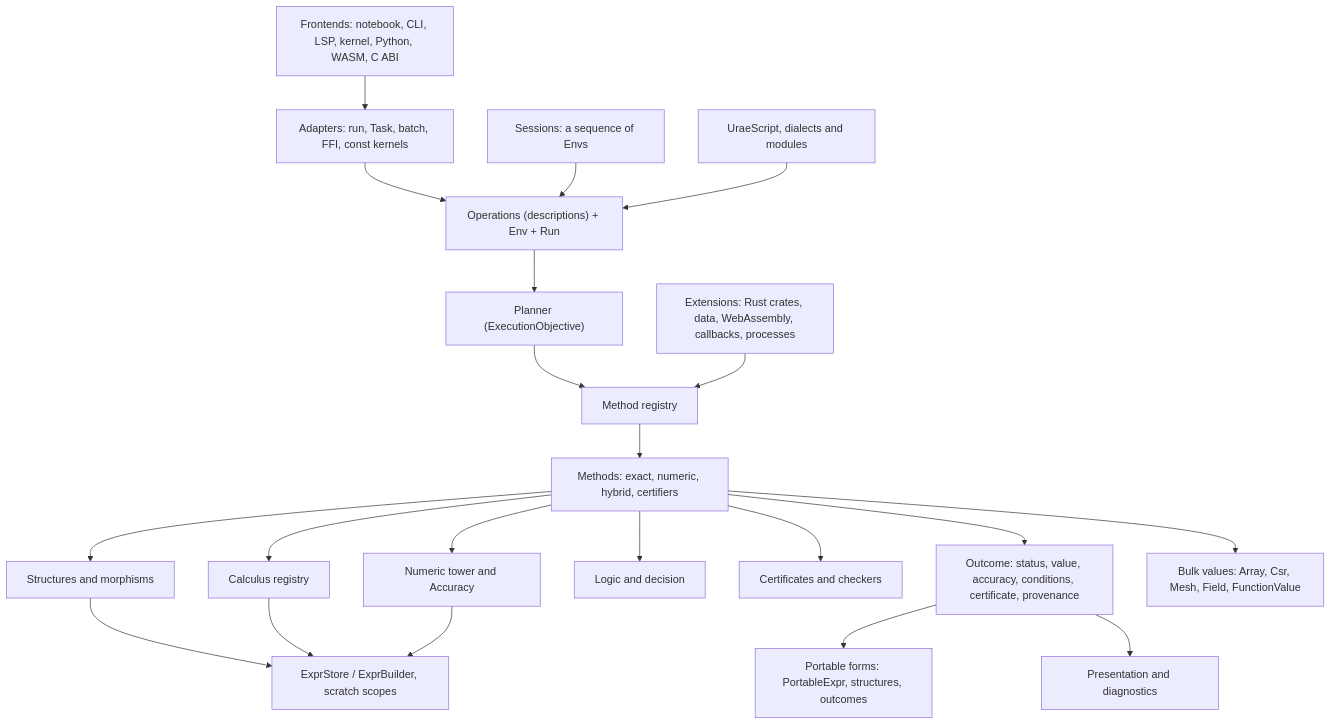
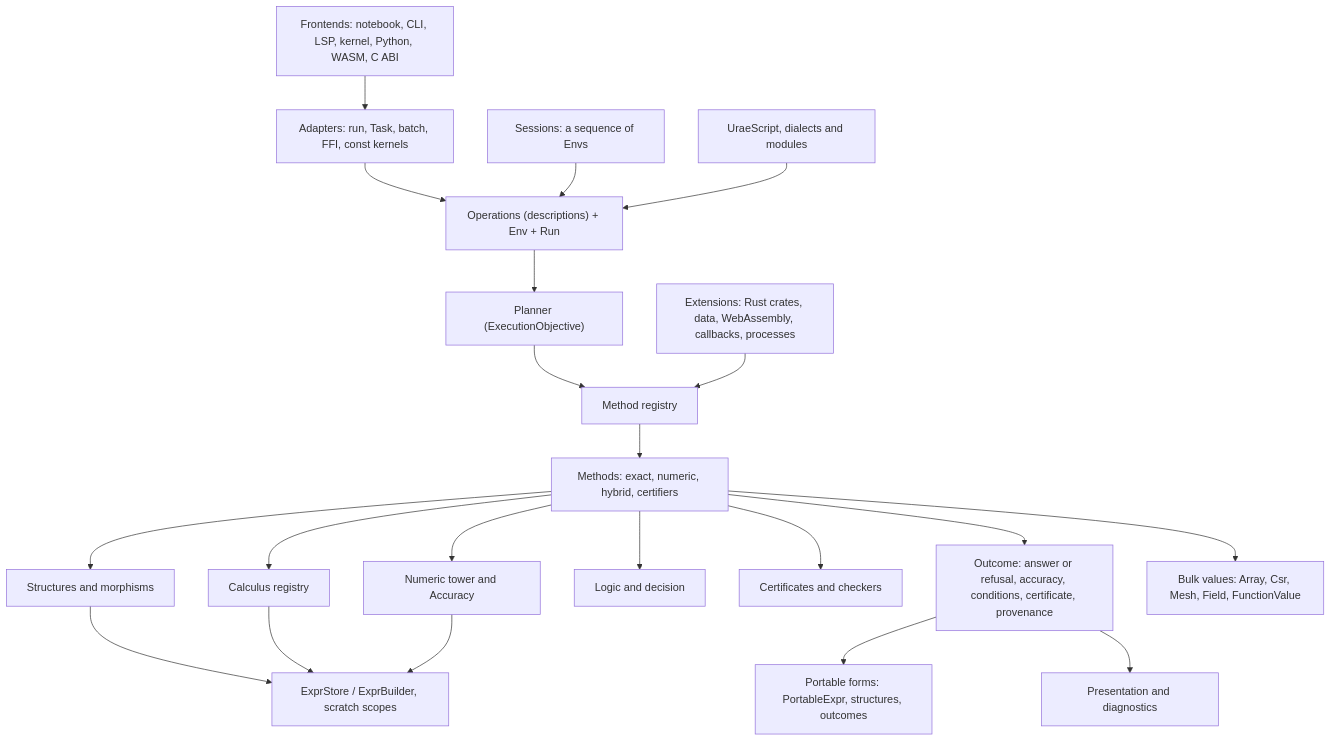
One commit to Spodeian/algebra-engine changed the second of 2 diagrams in docs/DESIGN.md. Above: the diagram before and after it, drawn with Mermaid. The commit also changed other lines of this file, not shown here.

````diff
--- a/docs/DESIGN.md
+++ b/docs/DESIGN.md
@@ -375,23 +387,23 @@
 ```mermaid
 graph TD
     fe["Frontends: notebook, CLI, LSP, kernel, Python, WASM, C ABI"] --> ad["Adapters: run, Task, batch, FFI, const kernels"]
     ad --> ops["Operations (descriptions) + Env + Run"]
     ops --> plan["Planner (ExecutionObjective)"]
     plan --> reg["Method registry"]
     ext["Extensions: Rust crates, data, WebAssembly, callbacks, processes"] --> reg
     reg --> m["Methods: exact, numeric, hybrid, certifiers"]
     m --> st["Structures and morphisms"]
     m --> calc["Calculus registry"]
     m --> num["Numeric tower and Accuracy"]
     st --> store["ExprStore / ExprBuilder, scratch scopes"]
     calc --> store
     num --> store
     m --> logic["Logic and decision"]
     m --> cert["Certificates and checkers"]
-    m --> out["Outcome: status, value, accuracy, conditions, certificate, provenance"]
+    m --> out["Outcome: answer or refusal, accuracy, conditions, certificate, provenance"]
     out --> port["Portable forms: PortableExpr, structures, outcomes"]
     out --> pres["Presentation and diagnostics"]
     sess["Sessions: a sequence of Envs"] --> ops
     lang["UraeScript, dialects and modules"] --> ops
     m --> bulk["Bulk values: Array, Csr, Mesh, Field, FunctionValue"]
 ```
````
